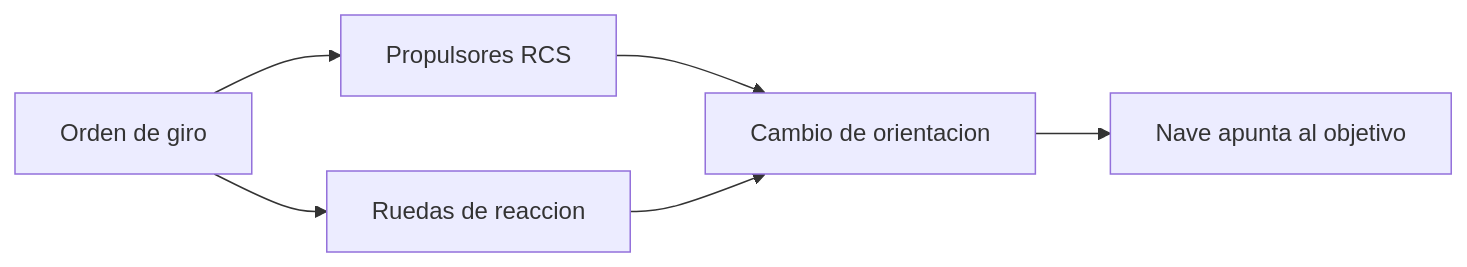
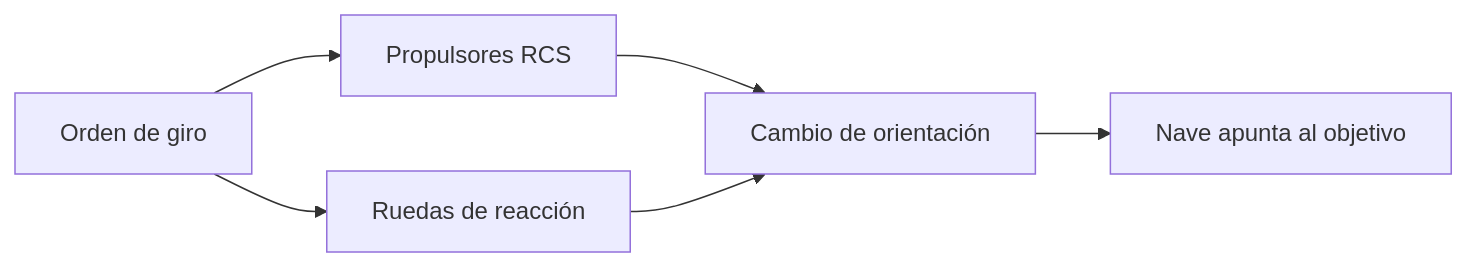
One commit to vladimiracunadev-create/machine-operator-program changed the fourth of 4 diagrams in vehiculos/naves-espaciales/operacion/sistemas-mecanicos-nave-espacial.md. Above: the diagram before and after it, drawn with Mermaid. The commit also changed other lines of this file and 442 other files, not shown here.

````diff
--- a/vehiculos/naves-espaciales/operacion/sistemas-mecanicos-nave-espacial.md
+++ b/vehiculos/naves-espaciales/operacion/sistemas-mecanicos-nave-espacial.md
@@ -114,8 +114,8 @@
 ```mermaid
 flowchart LR
     Orden[Orden de giro] --> RCS[Propulsores RCS]
-    Orden --> Ruedas[Ruedas de reaccion]
-    RCS --> Giro[Cambio de orientacion]
+    Orden --> Ruedas[Ruedas de reacción]
+    RCS --> Giro[Cambio de orientación]
     Ruedas --> Giro
     Giro --> Apunta[Nave apunta al objetivo]
 ```
````
